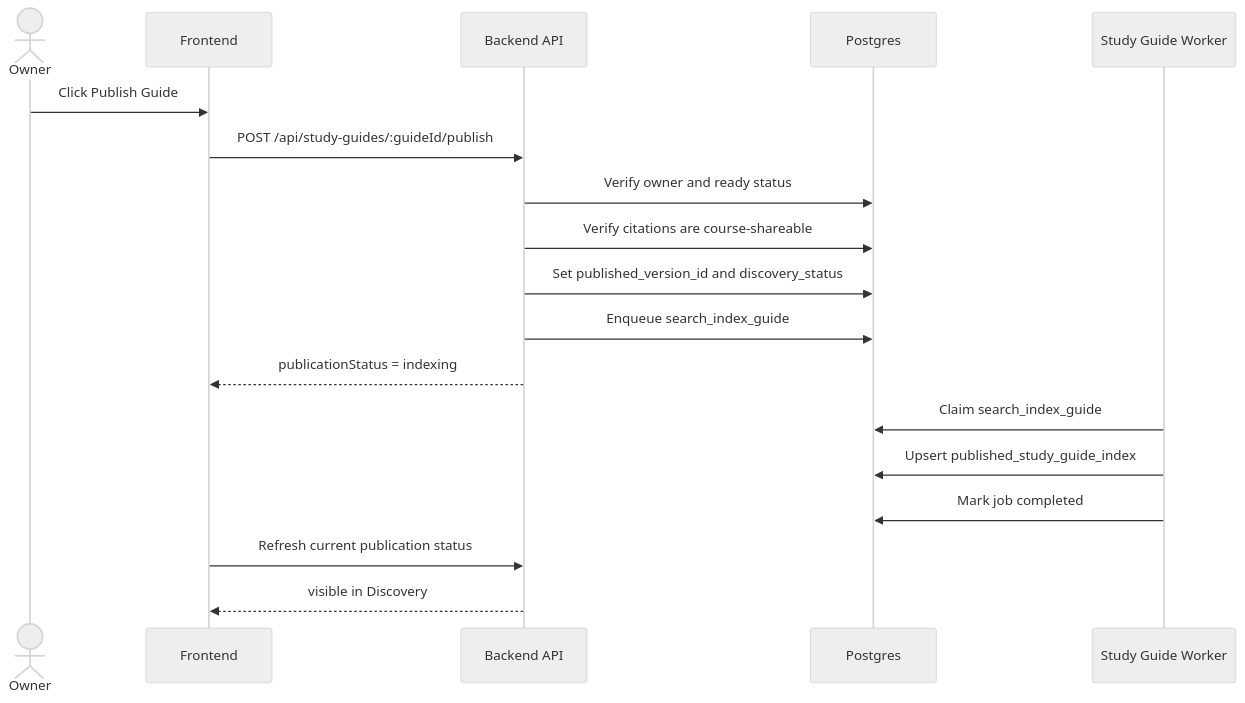
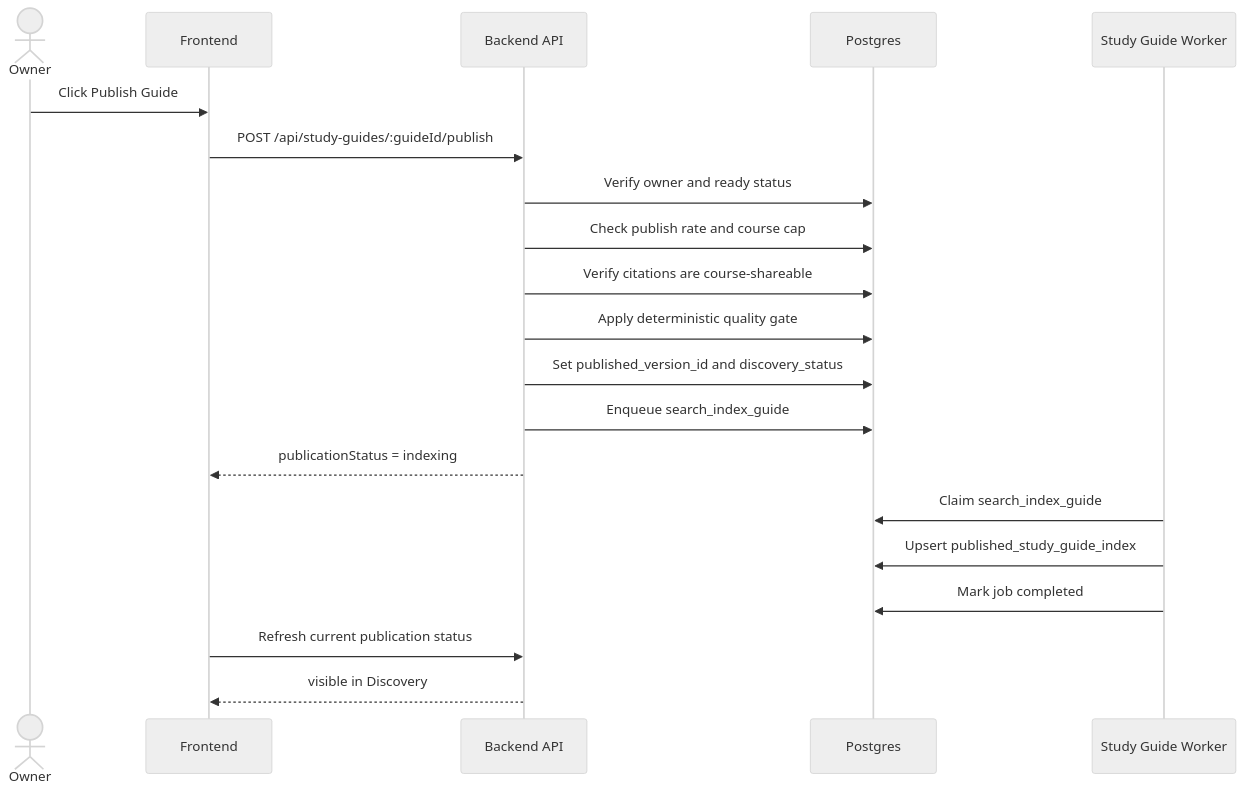
One commit to skyeyestang99/studyhack-backend changed the third of 5 diagrams in docs/Study-Guide-Discovery-Design-Doc.md. Above: the diagram before and after it, drawn with Mermaid (neutral theme). The commit also changed other lines of this file, not shown here.

````diff
--- a/docs/Study-Guide-Discovery-Design-Doc.md
+++ b/docs/Study-Guide-Discovery-Design-Doc.md
@@ -183,21 +183,23 @@
 ```mermaid
 sequenceDiagram
   actor Owner
   participant FE as Frontend
   participant API as Backend API
   participant DB as Postgres
   participant Worker as Study Guide Worker
 
   Owner->>FE: Click Publish Guide
   FE->>API: POST /api/study-guides/:guideId/publish
   API->>DB: Verify owner and ready status
+  API->>DB: Check publish rate and course cap
   API->>DB: Verify citations are course-shareable
+  API->>DB: Apply deterministic quality gate
   API->>DB: Set published_version_id and discovery_status
   API->>DB: Enqueue search_index_guide
   API-->>FE: publicationStatus = indexing
   Worker->>DB: Claim search_index_guide
   Worker->>DB: Upsert published_study_guide_index
   Worker->>DB: Mark job completed
   FE->>API: Refresh current publication status
   API-->>FE: visible in Discovery
 ```
````
